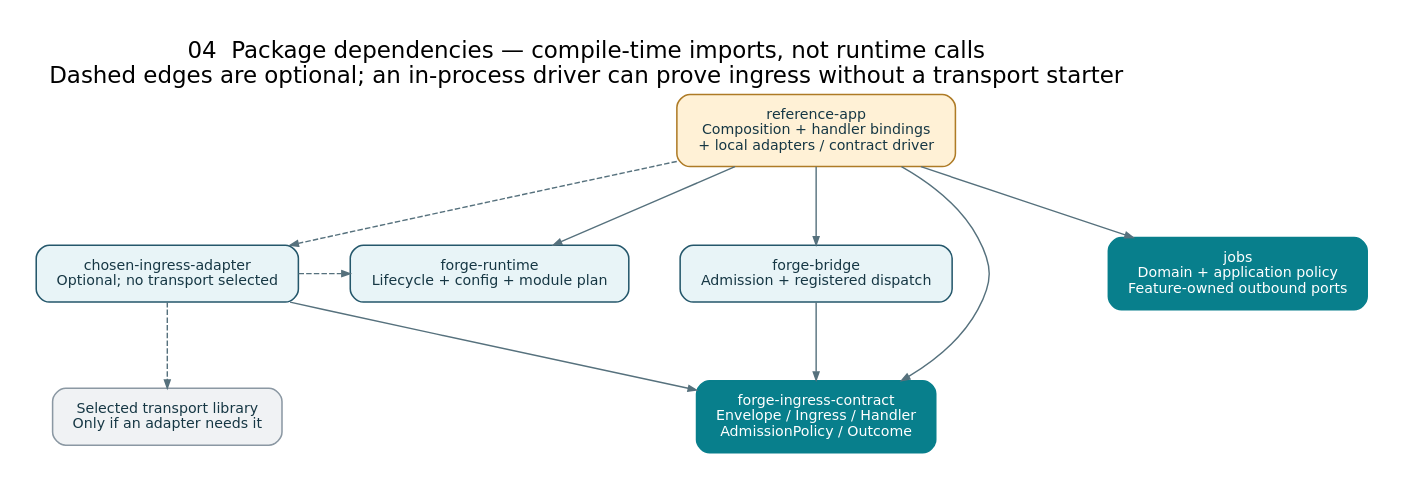
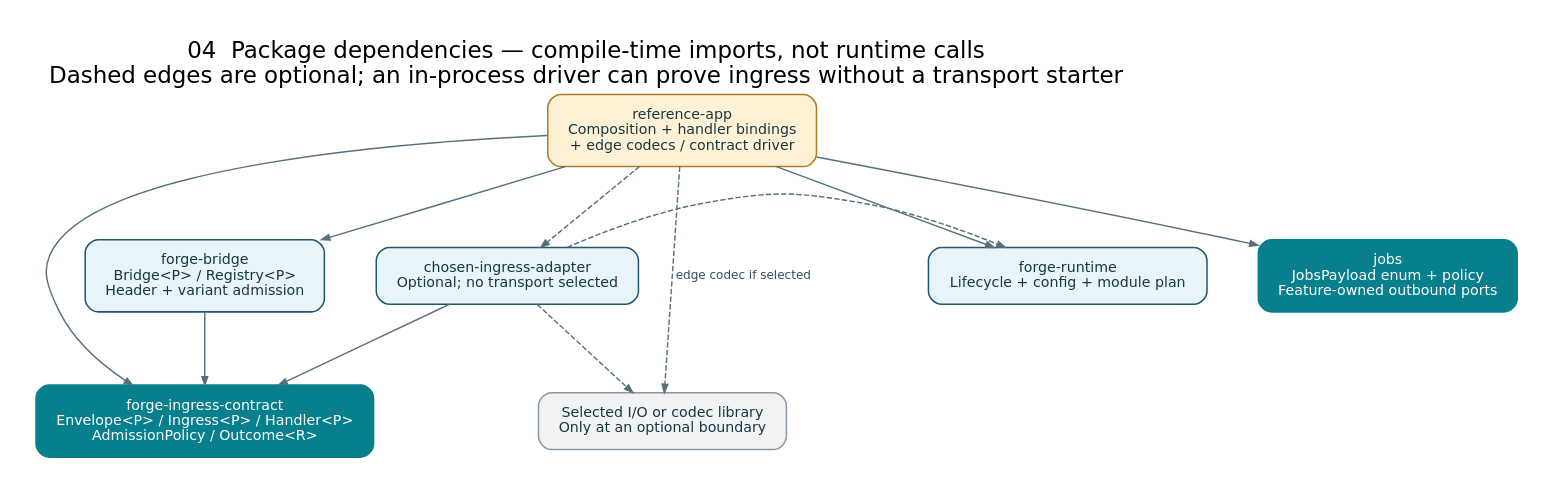
One commit to roachmaster/homelab changed the diagram in docs/architecture/diagrams/04-package-dependencies.dot. Above: the diagram before and after it, drawn with Graphviz. The commit also changed 15 other files, not shown here.

```diff
--- a/docs/architecture/diagrams/04-package-dependencies.dot
+++ b/docs/architecture/diagrams/04-package-dependencies.dot
@@ -1,19 +1,20 @@
 digraph Packages {
 graph [fontname="DejaVu Sans", fontsize=21, labelloc=t, labeljust=l, pad=0.35, nodesep=0.65, ranksep=0.9, bgcolor="white"]; node [shape=box, style="rounded,filled", fontname="DejaVu Sans", fontsize=13, margin="0.22,0.16", color="#24576b", fillcolor="#e8f4f7", fontcolor="#163744", penwidth=1.4]; edge [fontname="DejaVu Sans", fontsize=11, color="#56717d", fontcolor="#34505f", penwidth=1.3, arrowsize=0.75];
 rankdir=TB; label="04  Package dependencies — compile-time imports, not runtime calls\nDashed edges are optional; an in-process driver can prove ingress without a transport starter";
-app [label="reference-app\nComposition + handler bindings\n+ local adapters / contract driver", fillcolor="#fff1d6", color="#ae7b26"];
+app [label="reference-app\nComposition + handler bindings\n+ edge codecs / contract driver", fillcolor="#fff1d6", color="#ae7b26"];
 adapter [label="chosen-ingress-adapter\nOptional; no transport selected"];
 runtime [label="forge-runtime\nLifecycle + config + module plan"];
-bridge [label="forge-bridge\nAdmission + registered dispatch"];
-contract [label="forge-ingress-contract\nEnvelope / Ingress / Handler\nAdmissionPolicy / Outcome", fillcolor="#087f8c", color="#087f8c", fontcolor="white"];
-feature [label="jobs\nDomain + application policy\nFeature-owned outbound ports", fillcolor="#087f8c", color="#087f8c", fontcolor="white"];
-transport [label="Selected transport library\nOnly if an adapter needs it", fillcolor="#f0f2f4", color="#8b98a3"];
+bridge [label="forge-bridge\nBridge<P> / Registry<P>\nHeader + variant admission"];
+contract [label="forge-ingress-contract\nEnvelope<P> / Ingress<P> / Handler<P>\nAdmissionPolicy / Outcome<R>", fillcolor="#087f8c", color="#087f8c", fontcolor="white"];
+feature [label="jobs\nJobsPayload enum + policy\nFeature-owned outbound ports", fillcolor="#087f8c", color="#087f8c", fontcolor="white"];
+transport [label="Selected I/O or codec library\nOnly at an optional boundary", fillcolor="#f0f2f4", color="#8b98a3"];
 app -> { runtime bridge feature contract };
 app -> adapter [style=dashed];
+app -> transport [style=dashed, label="edge codec if selected"];
 adapter -> contract;
 adapter -> runtime [style=dashed];
 adapter -> transport [style=dashed];
 bridge -> contract;
 {rank=same; adapter; runtime; bridge; feature;}
 {rank=same; contract; transport;}
 }
```
